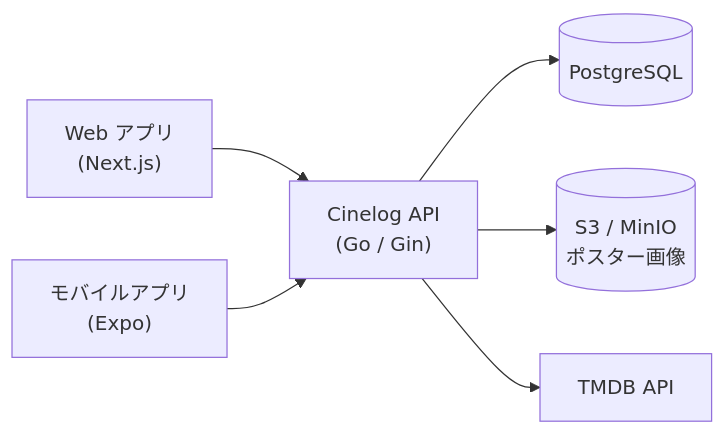
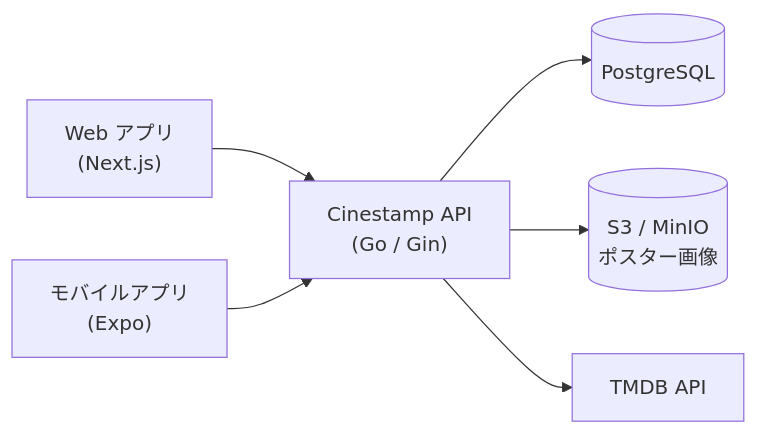
The first of 3 diagrams in README.ja.md (masaya-nishimura-09/movie-log-api), drawn with Mermaid before and after one commit. The commit also changed other lines of this file and 1 other file, not shown here.

````diff
--- a/README.ja.md
+++ b/README.ja.md
@@ -23,8 +23,8 @@
 ```mermaid
 flowchart LR
     web["Web アプリ<br/>(Next.js)"] --> api
     mobile["モバイルアプリ<br/>(Expo)"] --> api
-    api["Cinelog API<br/>(Go / Gin)"] --> db[("PostgreSQL")]
+    api["Cinestamp API<br/>(Go / Gin)"] --> db[("PostgreSQL")]
     api --> storage[("S3 / MinIO<br/>ポスター画像")]
     api --> tmdb["TMDB API"]
 ```
````
